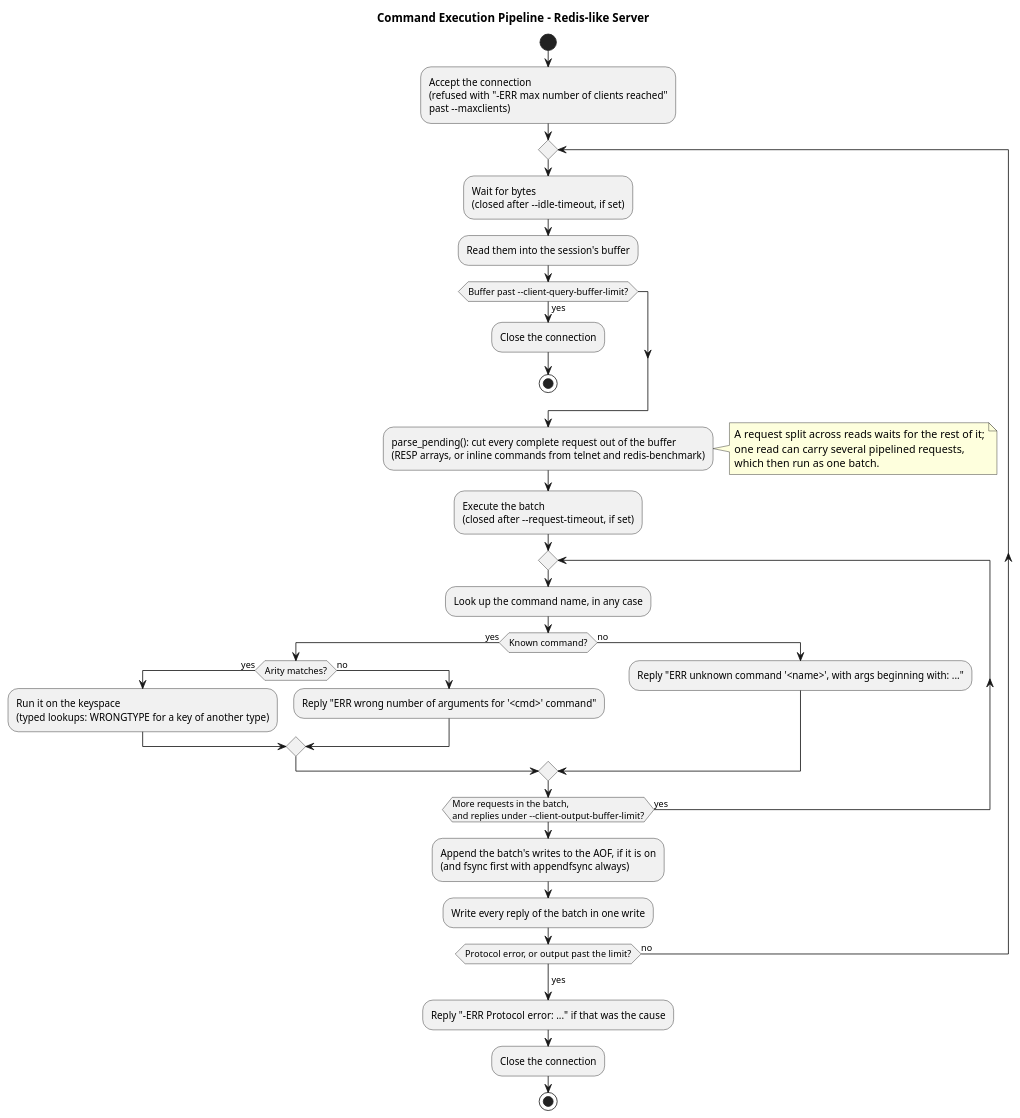
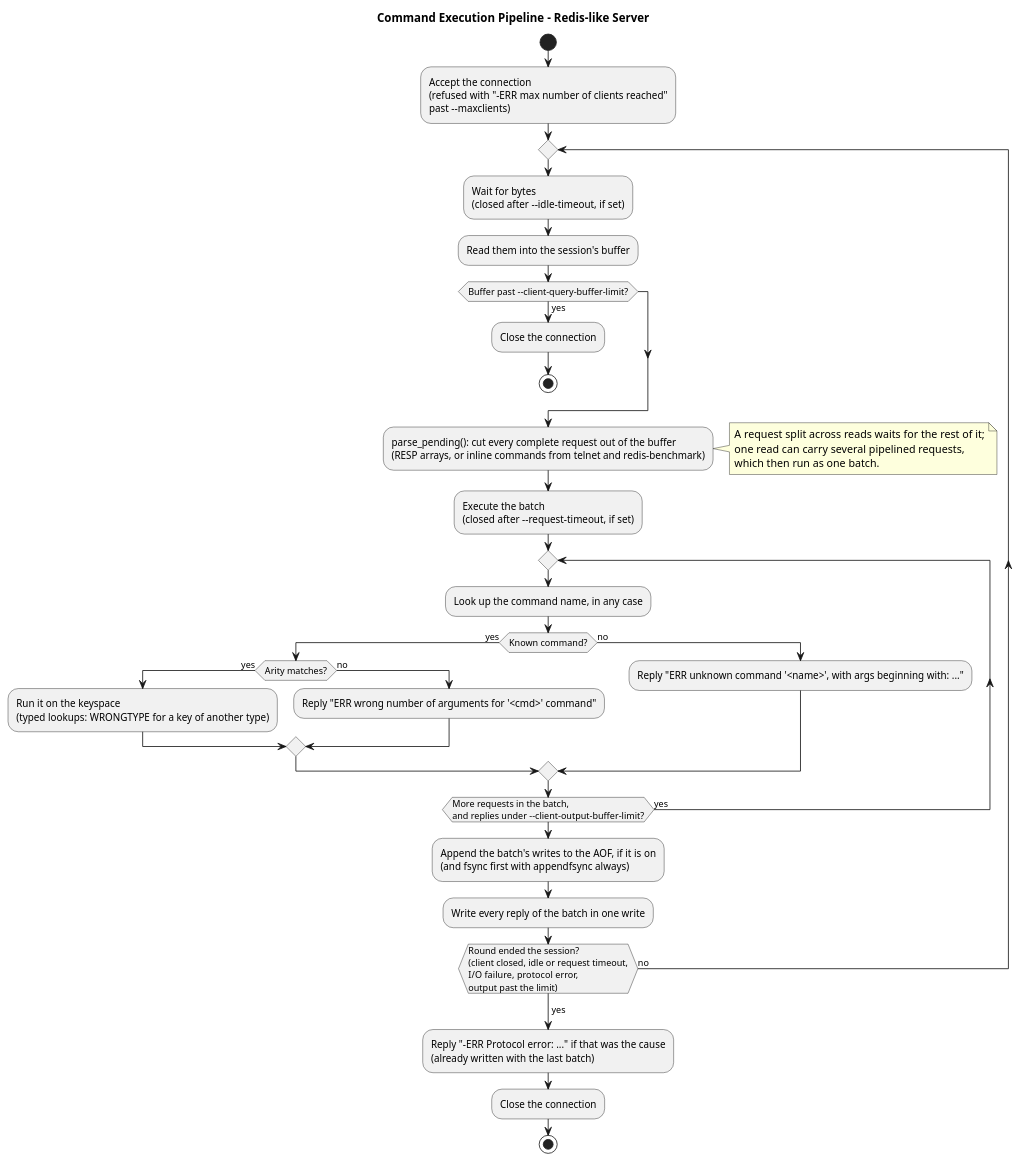
Before and after one commit to sleepyviper1213/redis: the diagram in docs/analysis/diagrams/activity_command_execution_pipeline.puml, drawn with PlantUML. The commit also changed 127 other files, not shown here.

```diff
--- a/docs/analysis/diagrams/activity_command_execution_pipeline.puml
+++ b/docs/analysis/diagrams/activity_command_execution_pipeline.puml
@@ -1,51 +1,58 @@
 @startuml
 title Command Execution Pipeline - Redis-like Server
 
 ' One connection's rounds: read | parse | execute | write, repeated.
 ' Reading, parsing and writing run on the session's I/O thread; executing
 ' runs on the keyspace thread with --io-threads above 1, or in line.
+' The repeat is Session::run(), a coroutine round loop; each round is one
+' sender chain. A round also ends the session when the client closes, a
+' timeout runs out or an I/O call fails.
 
 start
 :Accept the connection
 (refused with "-ERR max number of clients reached"
 past --maxclients);
 repeat
   :Wait for bytes
   (closed after --idle-timeout, if set);
   :Read them into the session's buffer;
   if (Buffer past --client-query-buffer-limit?) then (yes)
     :Close the connection;
     stop
   endif
   :parse_pending(): cut every complete request out of the buffer
   (RESP arrays, or inline commands from telnet and redis-benchmark);
   note right
     A request split across reads waits for the rest of it;
     one read can carry several pipelined requests,
     which then run as one batch.
   end note
   :Execute the batch
   (closed after --request-timeout, if set);
   repeat
     :Look up the command name, in any case;
     if (Known command?) then (yes)
       if (Arity matches?) then (yes)
         :Run it on the keyspace
         (typed lookups: WRONGTYPE for a key of another type);
       else (no)
         :Reply "ERR wrong number of arguments for '<cmd>' command";
       endif
     else (no)
       :Reply "ERR unknown command '<name>', with args beginning with: ...";
     endif
   repeat while (More requests in the batch,
   and replies under --client-output-buffer-limit?) is (yes)
   :Append the batch's writes to the AOF, if it is on
   (and fsync first with appendfsync always);
   :Write every reply of the batch in one write;
-repeat while (Protocol error, or output past the limit?) is (no)
+repeat while (Round ended the session?
+(client closed, idle or request timeout,
+I/O failure, protocol error,
+output past the limit)) is (no)
 -> yes;
-:Reply "-ERR Protocol error: ..." if that was the cause;
+:Reply "-ERR Protocol error: ..." if that was the cause
+(already written with the last batch);
 :Close the connection;
 stop
 @enduml
```
